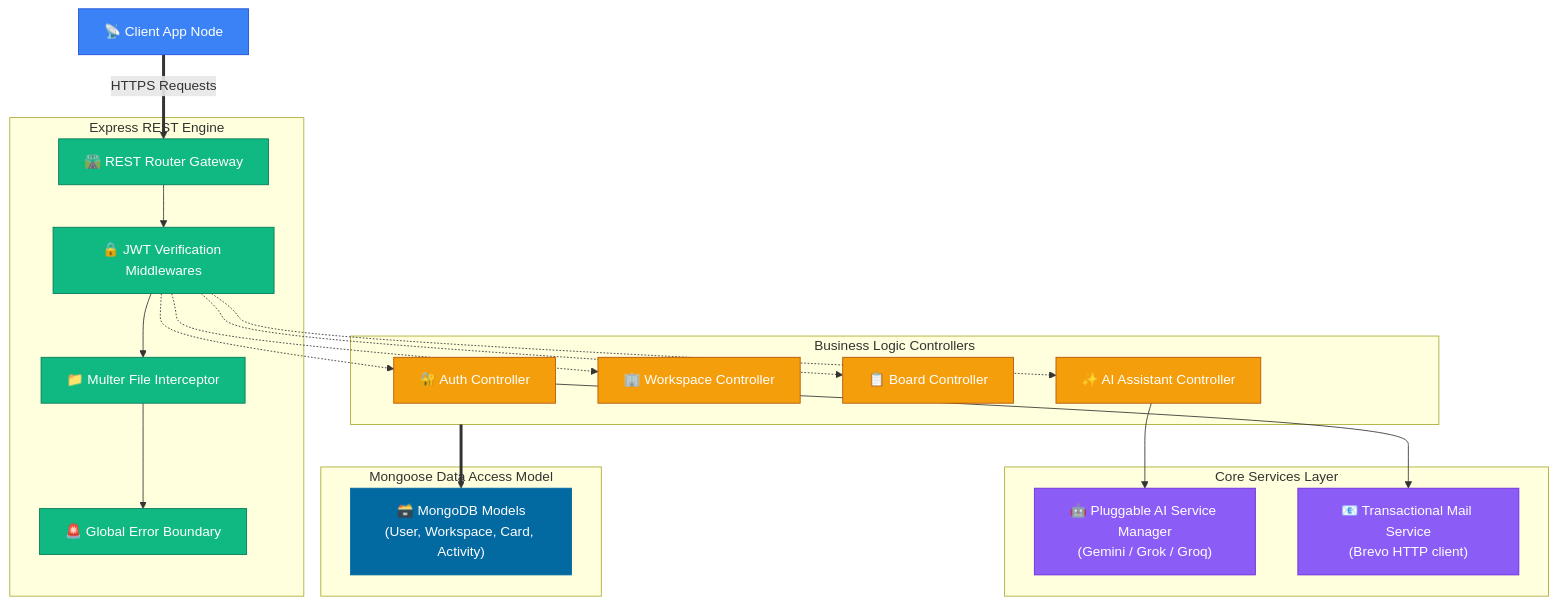
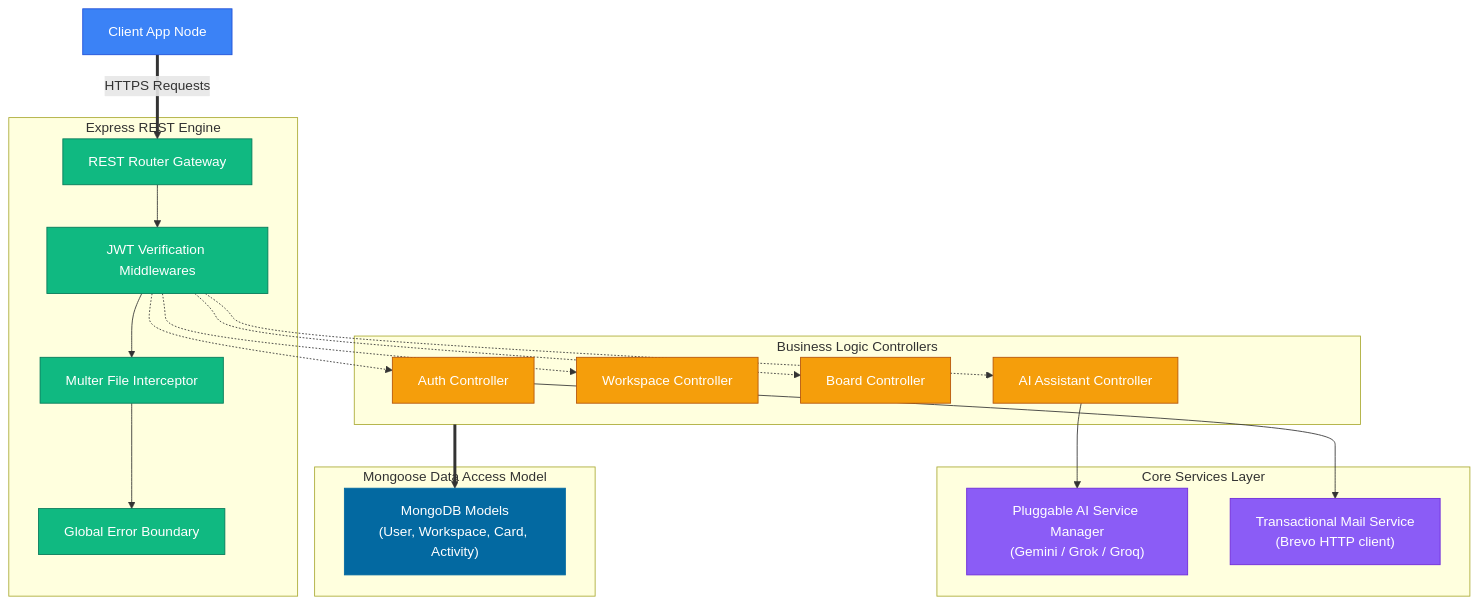
One commit to Abhijith-Sura/Task-Management-App changed the first of 2 diagrams in backend/README.md. Above: the diagram before and after it, drawn with Mermaid. The commit also changed other lines of this file and 2 other files, not shown here.

Commit message:
docs: remove emojis and add extensive flow explanations for newcomers to all READMEs

````diff
--- a/backend/README.md
+++ b/backend/README.md
@@ -11,50 +11,48 @@
 ```mermaid
 flowchart TD
-    %% Styling Classes
     classDef client fill:#3b82f6,stroke:#1d4ed8,color:#fff;
     classDef route fill:#10b981,stroke:#047857,color:#fff;
     classDef controller fill:#f59e0b,stroke:#b45309,color:#fff;
     classDef service fill:#8b5cf6,stroke:#6d28d9,color:#fff;
     classDef db fill:#0369a1,stroke:#0369a1,color:#fff;
 
-    Client["📡 Client App Node"]
+    Client["Client App Node"]
     class Client client;
 
     subgraph REST ["Express REST Engine"]
-        Router["🛣️ REST Router Gateway"]
-        AuthMid["🔒 JWT Verification Middlewares"]
-        UploadMid["📁 Multer File Interceptor"]
-        ErrorHandler["🚨 Global Error Boundary"]
+        Router["REST Router Gateway"]
+        AuthMid["JWT Verification Middlewares"]
+        UploadMid["Multer File Interceptor"]
+        ErrorHandler["Global Error Boundary"]
         
         Router --> AuthMid
         AuthMid --> UploadMid
         UploadMid --> ErrorHandler
     end
     class Router,AuthMid,UploadMid,ErrorHandler route;
 
     subgraph ControllerLayer ["Business Logic Controllers"]
-        AuthController["🔐 Auth Controller"]
-        WorkspaceController["🏢 Workspace Controller"]
-        BoardController["📋 Board Controller"]
-        AIController["✨ AI Assistant Controller"]
+        AuthController["Auth Controller"]
+        WorkspaceController["Workspace Controller"]
+        BoardController["Board Controller"]
+        AIController["AI Assistant Controller"]
     end
     class AuthController,WorkspaceController,BoardController,AIController controller;
 
     subgraph ServiceLayer ["Core Services Layer"]
-        AIService["🤖 Pluggable AI Service Manager<br/>(Gemini / Grok / Groq)"]
-        MailService["📧 Transactional Mail Service<br/>(Brevo HTTP client)"]
+        AIService["Pluggable AI Service Manager<br/>(Gemini / Grok / Groq)"]
+        MailService["Transactional Mail Service<br/>(Brevo HTTP client)"]
     end
     class AIService,MailService service;
 
     subgraph DB ["Mongoose Data Access Model"]
-        Mongoose["🗃️ MongoDB Models<br/>(User, Workspace, Card, Activity)"]
+        Mongoose["MongoDB Models<br/>(User, Workspace, Card, Activity)"]
     end
     class Mongoose db;
 
-    %% REST Paths
     Client ==>|"HTTPS Requests"| Router
     AuthMid -.-> AuthController & WorkspaceController & BoardController & AIController
     AIController --> AIService
     AuthController --> MailService
     ControllerLayer ==> Mongoose
 ```
````
